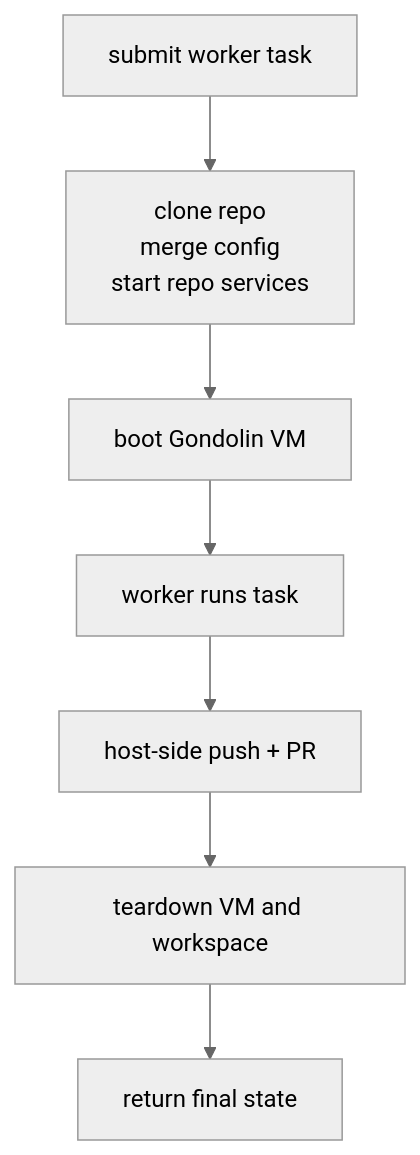
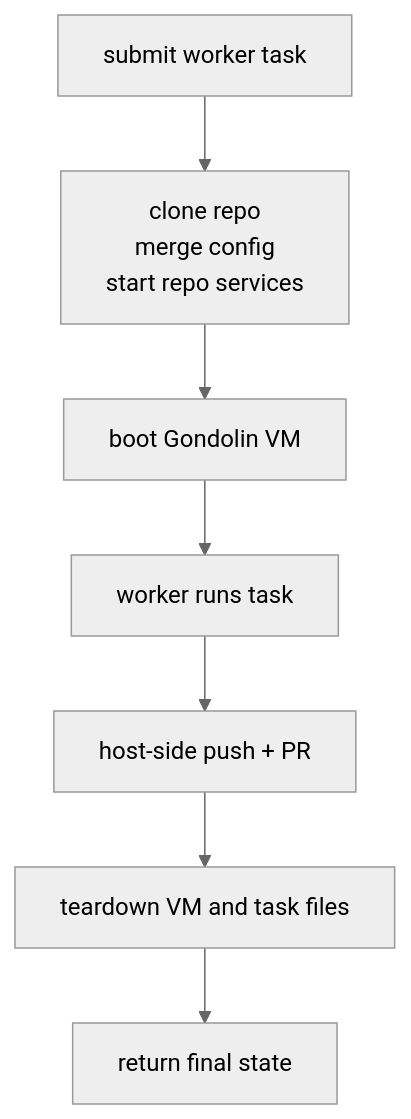
One commit to ShravanSunder/agent-vm changed the second of 4 diagrams in docs/architecture/overview.md. Above: the diagram before and after it, drawn with Mermaid (neutral theme). The commit also changed other lines of this file and 27 other files, not shown here.

````diff
--- a/docs/architecture/overview.md
+++ b/docs/architecture/overview.md
@@ -147,19 +147,19 @@
 ```mermaid
 flowchart TB
     request["submit worker task"]
     prepare["clone repo
 merge config
 start repo services"]
     boot["boot Gondolin VM"]
     run["worker runs task"]
     push["host-side push + PR"]
-    teardown["teardown VM and workspace"]
+    teardown["teardown VM and task files"]
     result["return final state"]
 
     request --> prepare
     prepare --> boot
     boot --> run
     run --> push
     push --> teardown
     teardown --> result
 ```
````
